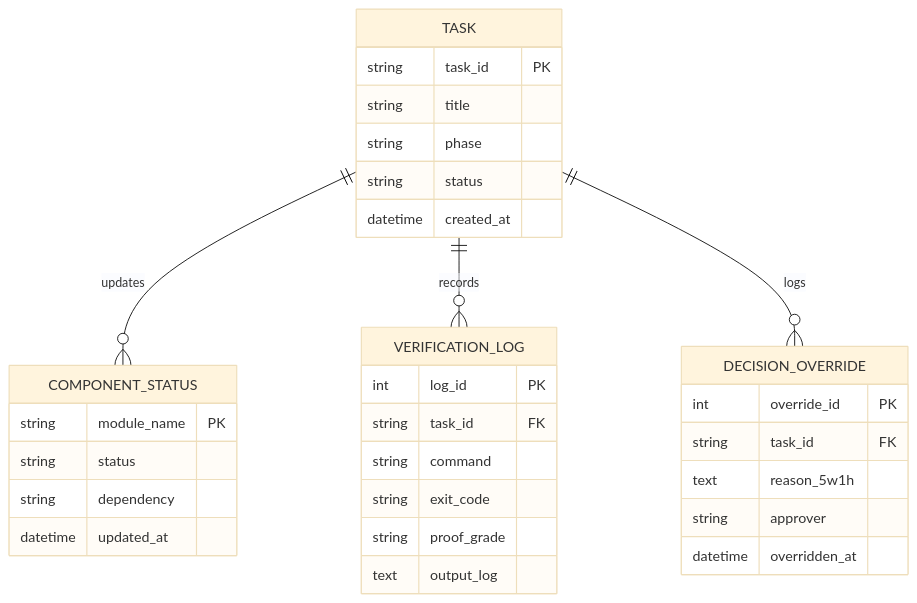
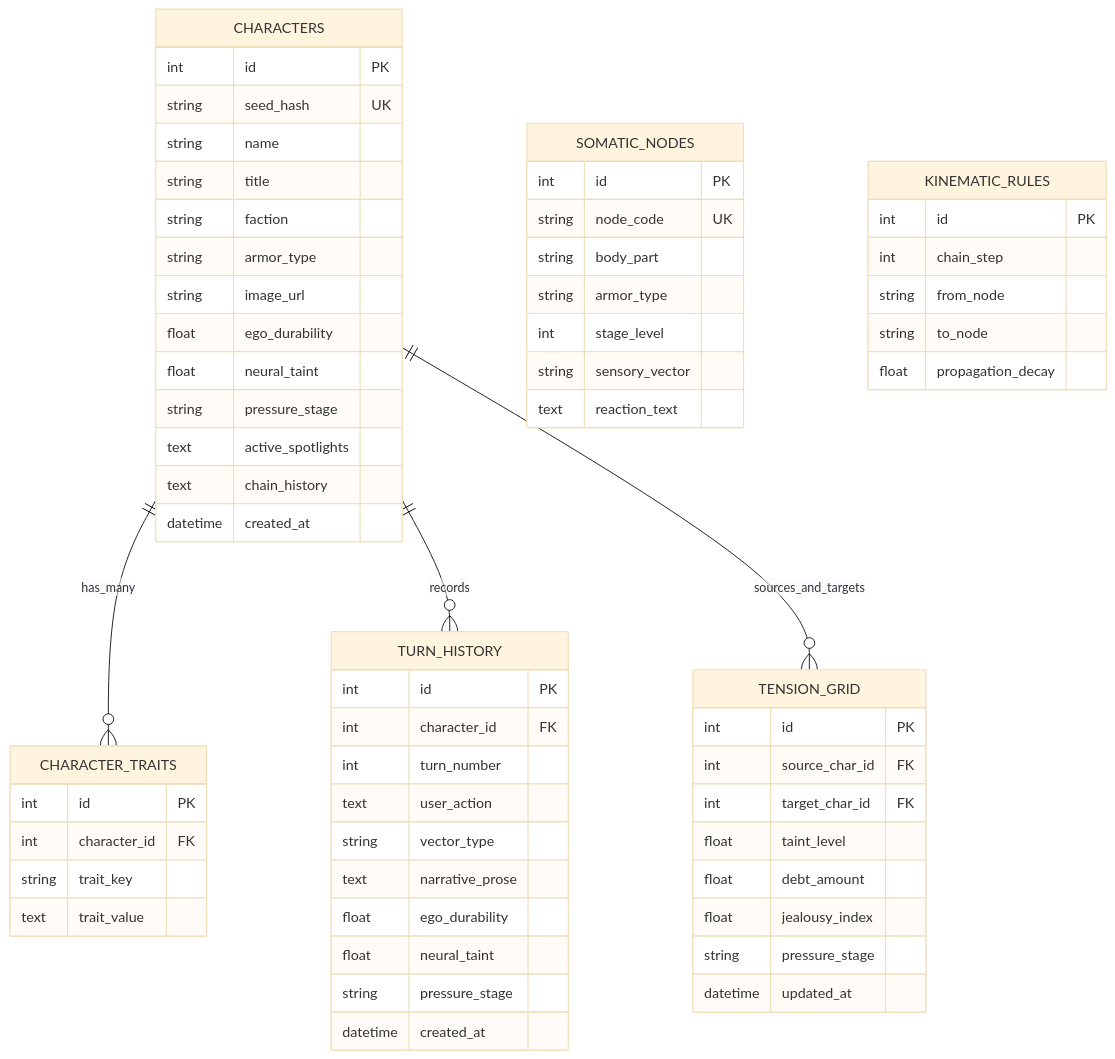
Before and after one commit to jinseobhong/Antigravity-Python-StarterKit: the third of 3 diagrams in views/ARCHITECTURE.md, drawn with Mermaid (base theme). The commit also changed other lines of this file and 2 other files, not shown here.

Commit message:
docs: synthesize reverse-engineered architecture blueprint for AbyssEngine in views/ARCHITECTURE.md

````diff
--- a/views/ARCHITECTURE.md
+++ b/views/ARCHITECTURE.md
@@ -76,35 +91,71 @@
 ```mermaid
 erDiagram
-    TASK ||--o{ COMPONENT_STATUS : updates
-    TASK ||--o{ VERIFICATION_LOG : records
-    TASK ||--o{ DECISION_OVERRIDE : logs
+    CHARACTERS ||--o{ CHARACTER_TRAITS : has_many
+    CHARACTERS ||--o{ TURN_HISTORY : records
+    CHARACTERS ||--o{ TENSION_GRID : sources_and_targets
 
-    TASK {
-        string task_id PK
+    CHARACTERS {
+        int id PK
+        string seed_hash UK
+        string name
         string title
-        string phase
-        string status
+        string faction
+        string armor_type
+        string image_url
+        float ego_durability
+        float neural_taint
+        string pressure_stage
+        text active_spotlights
+        text chain_history
         datetime created_at
     }
-    COMPONENT_STATUS {
-        string module_name PK
-        string status
-        string dependency
+
+    CHARACTER_TRAITS {
+        int id PK
+        int character_id FK
+        string trait_key
+        text trait_value
+    }
+
+    TURN_HISTORY {
+        int id PK
+        int character_id FK
+        int turn_number
+        text user_action
+        string vector_type
+        text narrative_prose
+        float ego_durability
+        float neural_taint
+        string pressure_stage
+        datetime created_at
+    }
+
+    TENSION_GRID {
+        int id PK
+        int source_char_id FK
+        int target_char_id FK
+        float taint_level
+        float debt_amount
+        float jealousy_index
+        string pressure_stage
         datetime updated_at
     }
-    VERIFICATION_LOG {
-        int log_id PK
-        string task_id FK
-        string command
-        string exit_code
-        string proof_grade
-        text output_log
+
+    SOMATIC_NODES {
+        int id PK
+        string node_code UK
+        string body_part
+        string armor_type
+        int stage_level
+        string sensory_vector
+        text reaction_text
     }
-    DECISION_OVERRIDE {
-        int override_id PK
-        string task_id FK
-        text reason_5w1h
-        string approver
-        datetime overridden_at
+
+    KINEMATIC_RULES {
+        int id PK
+        int chain_step
+        string from_node
+        string to_node
+        float propagation_decay
     }
 ```
````
